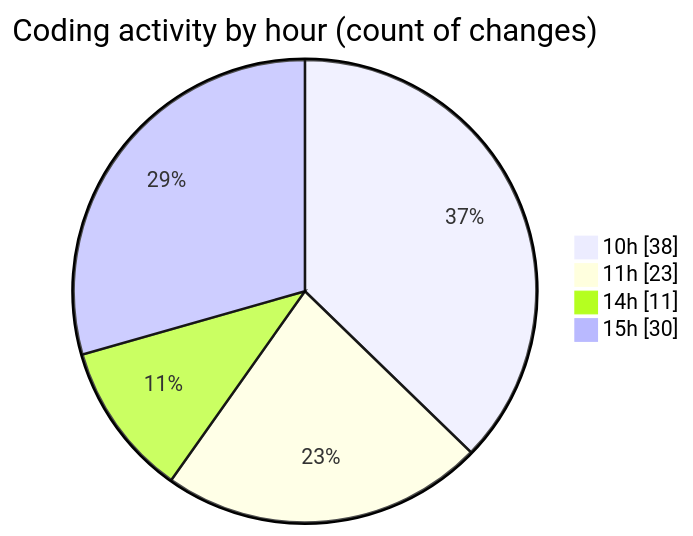
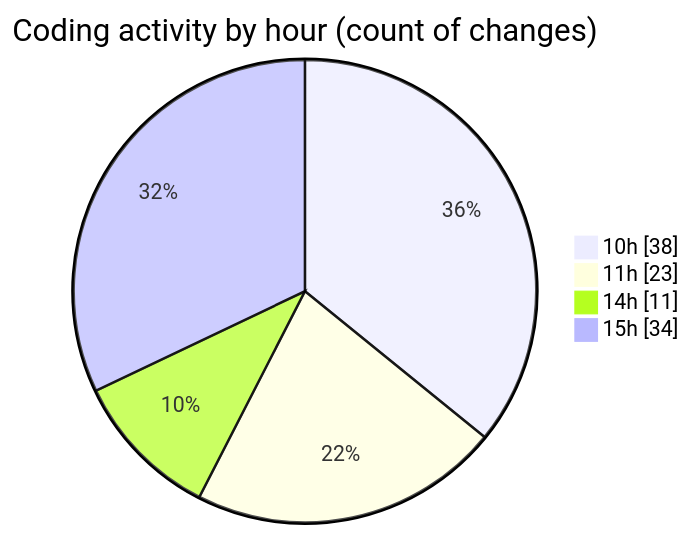
Before and after one commit to nxtqubesakshisongat/code-tracking: the second of 2 diagrams in 2026-03-10/nxtqube_webapp/README.md, drawn with Mermaid. The commit also changed other lines of this file and 1 other file, not shown here.

````diff
--- a/2026-03-10/nxtqube_webapp/README.md
+++ b/2026-03-10/nxtqube_webapp/README.md
@@ -38,8 +40,8 @@
 ```mermaid
 pie showData
 title Coding activity by hour (count of changes)
 "10h" : 38
 "11h" : 23
 "14h" : 11
-"15h" : 30
+"15h" : 34
 ```
````
